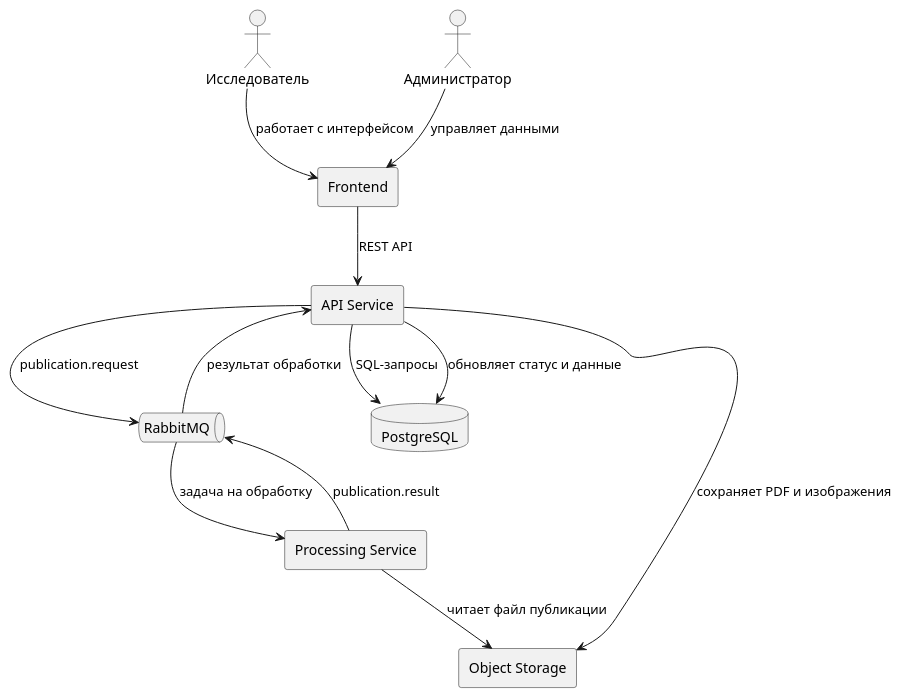
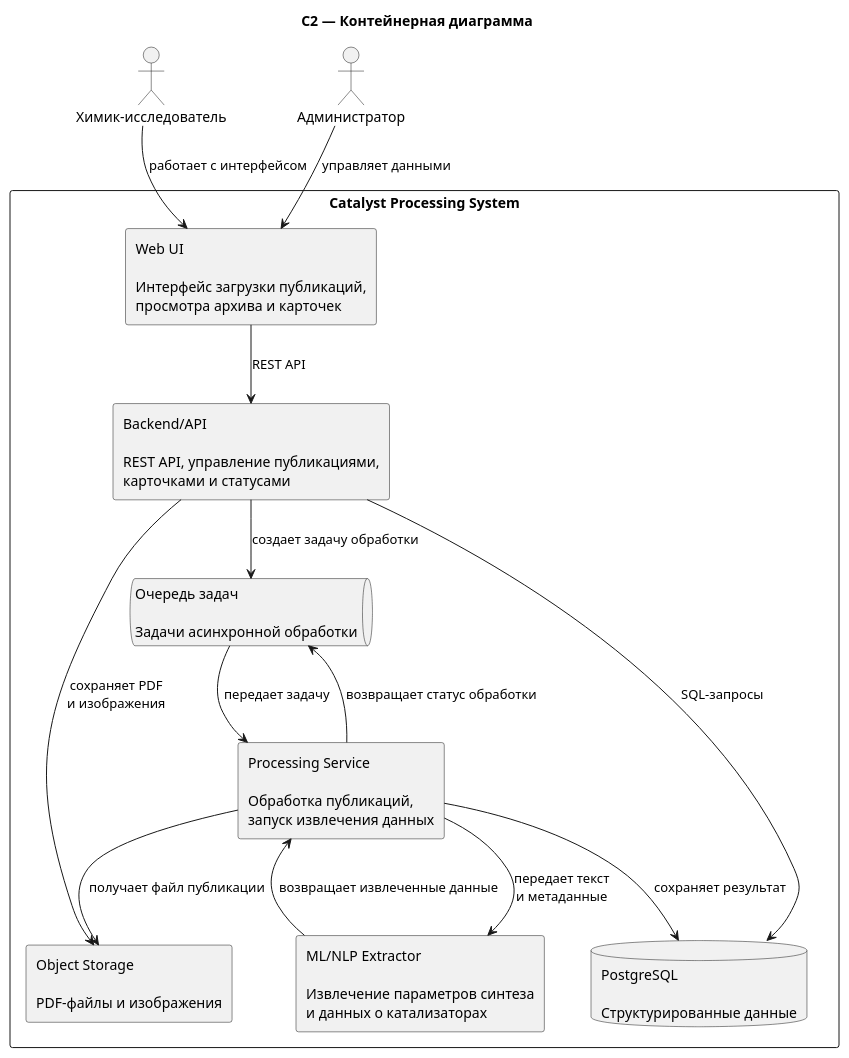
The second of 2 diagrams in docs-site/docs/architecture/architecture.mdx (annastationn/Catalyst), drawn with PlantUML before and after one commit.

````diff
--- a/docs-site/docs/architecture/architecture.mdx
+++ b/docs-site/docs/architecture/architecture.mdx
@@ -37,28 +37,31 @@
 ```plantuml
 @startuml
 
-actor "Исследователь" as researcher
+title C2 — Контейнерная диаграмма
+actor "Химик-исследователь" as researcher
 actor "Администратор" as admin
-
-rectangle "Frontend" as frontend
-rectangle "API Service" as api
-rectangle "Processing Service" as processing
-queue "RabbitMQ" as rabbitmq
-database "PostgreSQL" as db
-rectangle "Object Storage" as storage
+rectangle "Catalyst Processing System" {
+  rectangle "Web UI\n\nИнтерфейс загрузки публикаций,\nпросмотра архива и карточек" as frontend
+  rectangle "Backend/API\n\nREST API, управление публикациями,\nкарточками и статусами" as api
+  queue "Очередь задач\n\nЗадачи асинхронной обработки" as queue
+  rectangle "Processing Service\n\nОбработка публикаций,\nзапуск извлечения данных" as processing
+  rectangle "ML/NLP Extractor\n\nИзвлечение параметров синтеза\nи данных о катализаторах" as extractor
+  database "PostgreSQL\n\nСтруктурированные данные" as db
+  rectangle "Object Storage\n\nPDF-файлы и изображения" as storage
+}
 
 researcher --> frontend : работает с интерфейсом
 admin --> frontend : управляет данными
-
 frontend --> api : REST API
 api --> db : SQL-запросы
-api --> storage : сохраняет PDF и изображения
-api --> rabbitmq : publication.request
-rabbitmq --> processing : задача на обработку
-processing --> storage : читает файл публикации
-processing --> rabbitmq : publication.result
-rabbitmq --> api : результат обработки
-api --> db : обновляет статус и данные
+api --> storage : сохраняет PDF\nи изображения
+api --> queue : создает задачу обработки
+queue --> processing : передает задачу
+processing --> storage : получает файл публикации
+processing --> extractor : передает текст\nи метаданные
+extractor --> processing : возвращает извлеченные данные
+processing --> db : сохраняет результат
+processing --> queue : возвращает статус обработки
 
 @enduml
 ```
````
